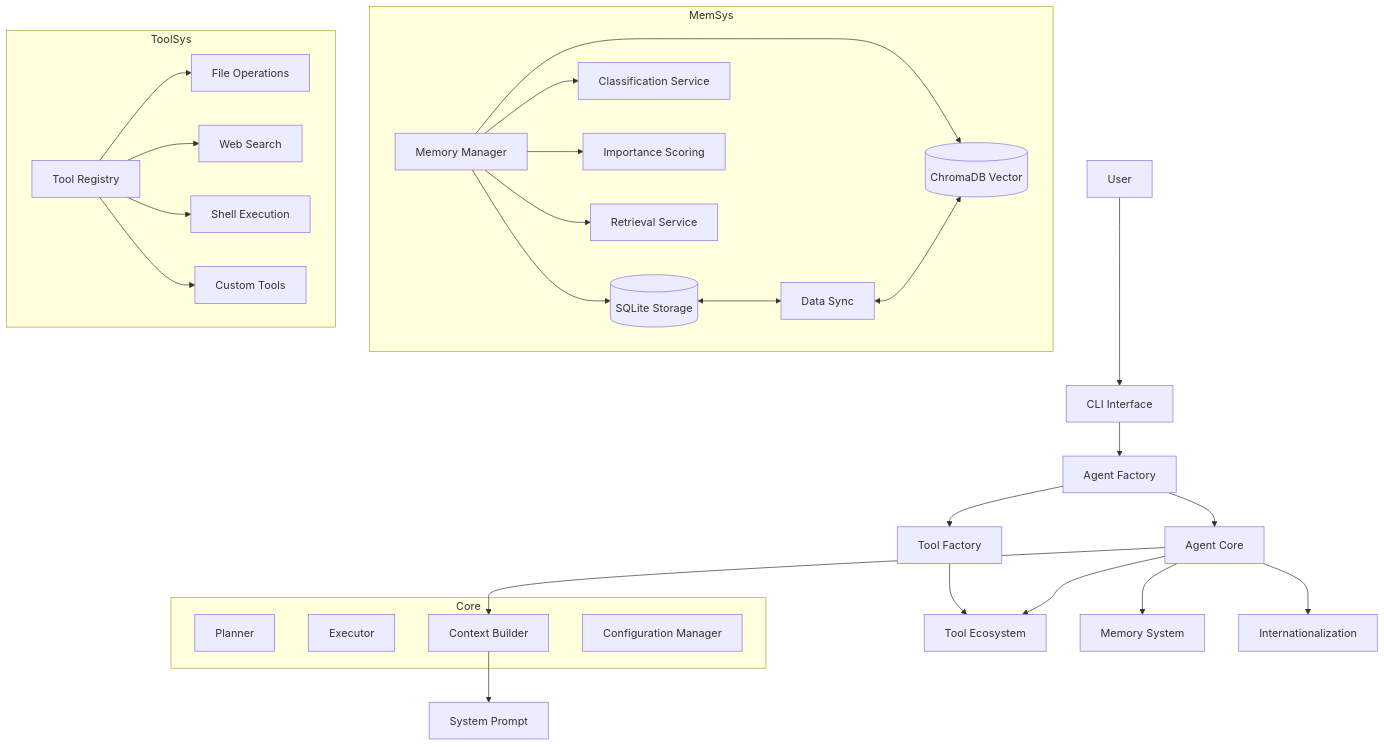
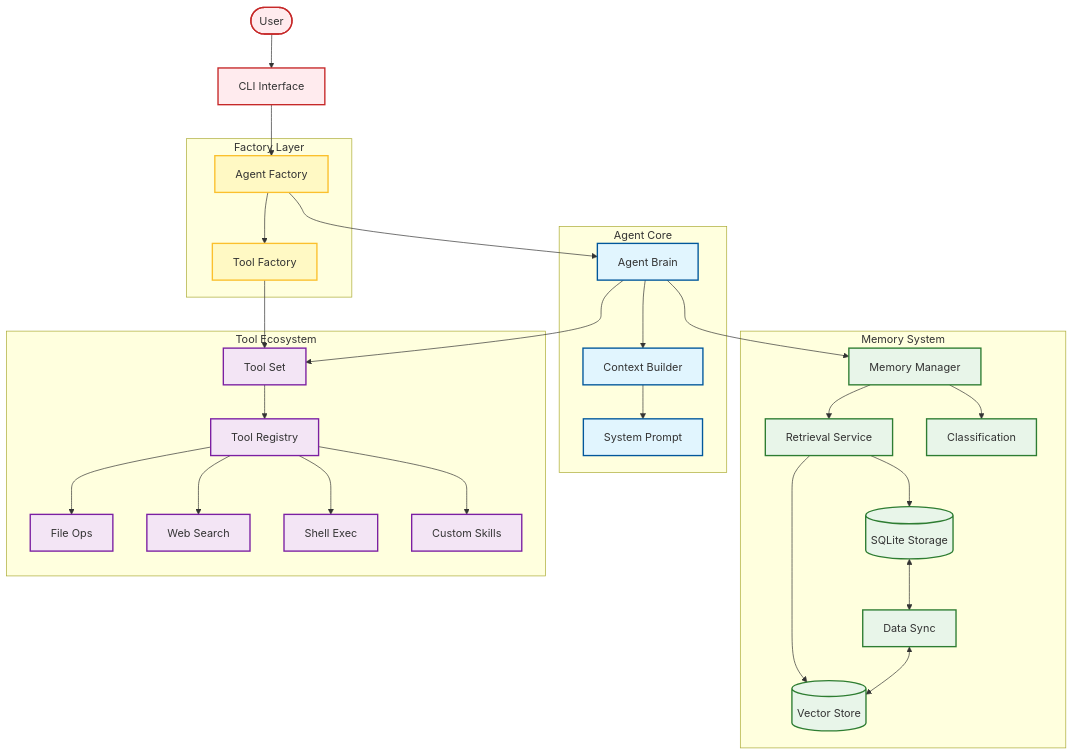
The first of 4 diagrams in README.md (xt765/FinchBot), drawn with Mermaid before and after one commit. The commit also changed 2 other files, not shown here.

Commit message:
Docs: Update Mermaid diagrams in READMEs and Blog to be more visual and structured

````diff
--- a/README.md
+++ b/README.md
@@ -90,53 +90,69 @@
 ```mermaid
 graph TD
-    User[User] --> CLI[CLI Interface]
-    CLI --> Factory[Agent Factory]
-    Factory --> Agent[Agent Core]
+    %% 样式定义
+    classDef core fill:#e1f5fe,stroke:#01579b,stroke-width:2px;
+    classDef factory fill:#fff9c4,stroke:#fbc02d,stroke-width:2px;
+    classDef memory fill:#e8f5e9,stroke:#2e7d32,stroke-width:2px;
+    classDef tools fill:#f3e5f5,stroke:#7b1fa2,stroke-width:2px;
+    classDef user fill:#ffebee,stroke:#c62828,stroke-width:2px;
 
-    subgraph Core
-        Planner[Planner]
-        Executor[Executor]
+    %% 用户交互层
+    User([User]) --> CLI[CLI Interface]
+    class User user
+    class CLI user
+
+    %% 工厂层
+    subgraph Factory_Layer [Factory Layer]
+        AgentFactory[Agent Factory]
+        ToolFactory[Tool Factory]
+    end
+    class AgentFactory,ToolFactory factory
+
+    CLI --> AgentFactory
+    AgentFactory --> Agent
+    AgentFactory --> ToolFactory
+    ToolFactory --> ToolSet
+
+    %% 核心层
+    subgraph Agent_Core [Agent Core]
+        Agent[Agent Brain]
         ContextBuilder[Context Builder]
-        ConfigMgr[Configuration Manager]
+        SystemPrompt[System Prompt]
+        
+        Agent --> ContextBuilder
+        ContextBuilder --> SystemPrompt
     end
+    class Agent,ContextBuilder,SystemPrompt core
 
-    Agent --> ContextBuilder
-    ContextBuilder --> SystemPrompt[System Prompt]
+    %% 记忆系统
+    subgraph Memory_System [Memory System]
+        MemoryMgr[Memory Manager]
+        SQLite[(SQLite Storage)]
+        Vector[(Vector Store)]
+        Sync[Data Sync]
+        
+        MemoryMgr --> Retrieval[Retrieval Service]
+        MemoryMgr --> Classification[Classification]
+        Retrieval --> SQLite
+        Retrieval --> Vector
+        SQLite <--> Sync <--> Vector
+    end
+    class MemoryMgr,SQLite,Vector,Sync,Retrieval,Classification memory
 
-    Factory --> ToolFactory[Tool Factory]
-    ToolFactory --> ToolSet[Tool Ecosystem]
+    Agent --> MemoryMgr
 
-    Agent --> MemoryMgr[Memory System]
-    subgraph MemSys
-        Manager[Memory Manager]
-        SQLite[(SQLite Storage)]
-        Vector[(ChromaDB Vector)]
-        Sync[Data Sync]
-        Classify[Classification Service]
-        Importance[Importance Scoring]
-        Retrieval[Retrieval Service]
+    %% 工具系统
+    subgraph Tool_Ecosystem [Tool Ecosystem]
+        ToolSet[Tool Set]
+        ToolRegistry[Tool Registry]
+        
+        ToolSet --> ToolRegistry
+        ToolRegistry --> File[File Ops]
+        ToolRegistry --> Web[Web Search]
+        ToolRegistry --> Shell[Shell Exec]
+        ToolRegistry --> Custom[Custom Skills]
     end
+    class ToolSet,ToolRegistry,File,Web,Shell,Custom tools
 
-    Manager --> SQLite
-    Manager --> Vector
-    Manager --> Classify
-    Manager --> Importance
-    Manager --> Retrieval
-    SQLite <--> Sync <--> Vector
-
-    Agent --> ToolSet[Tool Ecosystem]
-    subgraph ToolSys
-        Registry[Tool Registry]
-        File[File Operations]
-        Web[Web Search]
-        Shell[Shell Execution]
-        Custom[Custom Tools]
-    end
-
-    Registry --> File
-    Registry --> Web
-    Registry --> Shell
-    Registry --> Custom
-
-    Agent --> I18n[Internationalization]
+    Agent --> ToolSet
 ```
````
